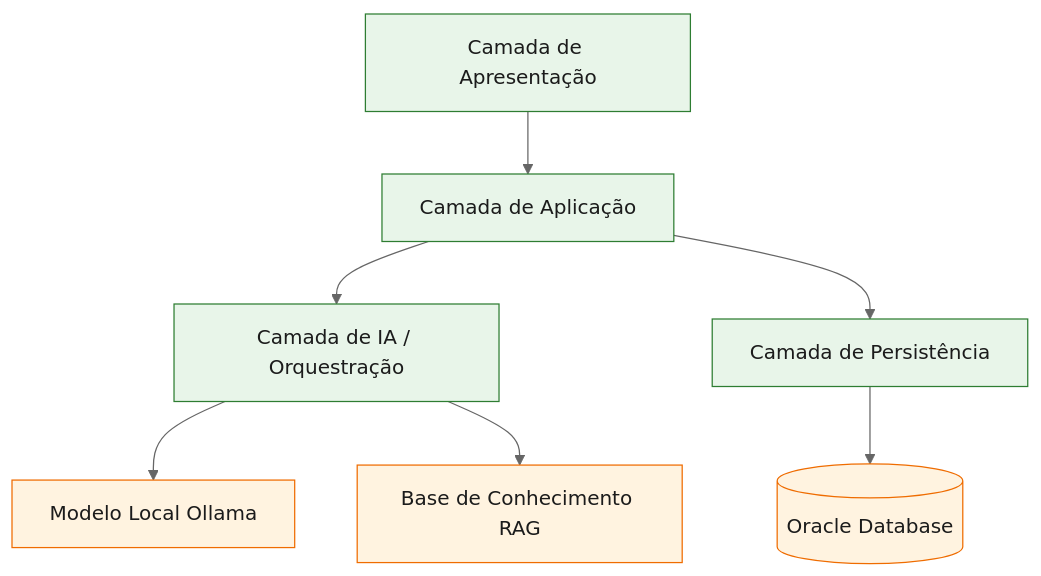
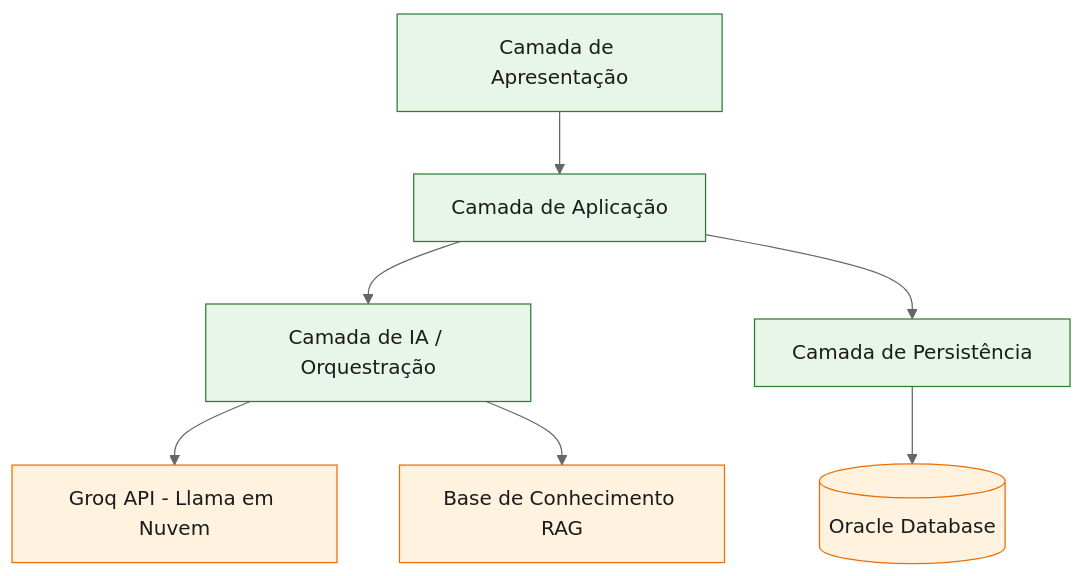
Before and after one commit to DudaAraujo14/argus-ia-spring: the second of 4 diagrams in README.md, drawn with Mermaid (neutral theme). The commit also changed other lines of this file, not shown here.

Commit message:
docs: atualiza README para Groq API

````diff
--- a/README.md
+++ b/README.md
@@ -208,20 +215,20 @@
 ```mermaid
 flowchart TD
     A[Camada de Apresentação] --> B[Camada de Aplicação]
     B --> C[Camada de IA / Orquestração]
     B --> D[Camada de Persistência]
-    C --> E[Modelo Local Ollama]
+    C --> E[Groq API - Llama em Nuvem]
     C --> F[Base de Conhecimento RAG]
     D --> G[(Oracle Database)]
 
     A:::layer
     B:::layer
     C:::layer
     D:::layer
     E:::infra
     F:::infra
     G:::infra
 
     classDef layer fill:#E8F5E9,stroke:#2E7D32,color:#1B1B1B;
     classDef infra fill:#FFF3E0,stroke:#EF6C00,color:#1B1B1B;
 ```
````
